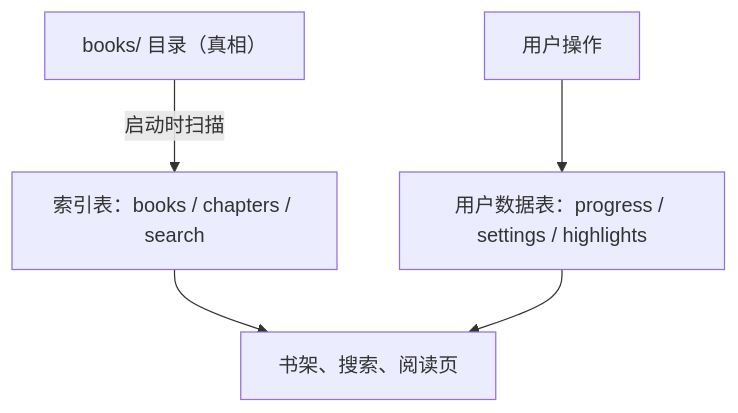
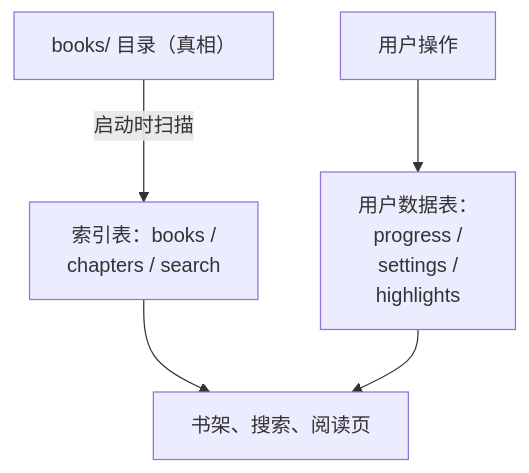
One commit to jarvis-pro/hatch-shelf changed the diagram in books/rn-expo/08-local-storage.md. Above: the diagram before and after it, drawn with Mermaid. The commit also changed 432 other files, not shown here.

````diff
--- a/books/rn-expo/08-local-storage.md
+++ b/books/rn-expo/08-local-storage.md
@@ -24,7 +24,7 @@
 ```mermaid
 flowchart TD
-  F["books/ 目录（真相）"] -->|"启动时扫描"| I["索引表：books / chapters / search"]
-  U["用户操作"] --> D["用户数据表：progress / settings / highlights"]
+  F["books/ 目录（真相）"] -->|"启动时扫描"| I["索引表：books /<br/>chapters / search"]
+  U["用户操作"] --> D["用户数据表：<br/>progress /<br/>settings /<br/>highlights"]
   I --> UI["书架、搜索、阅读页"]
   D --> UI
 ```
````
